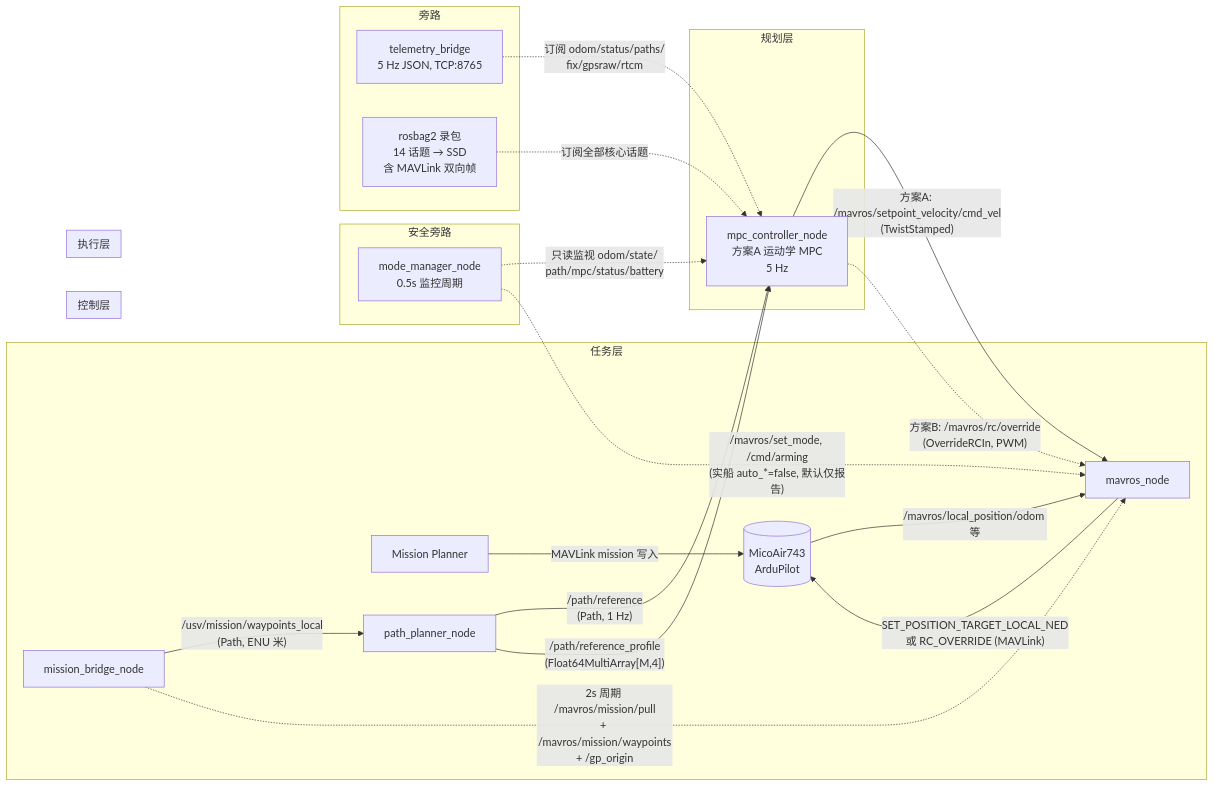
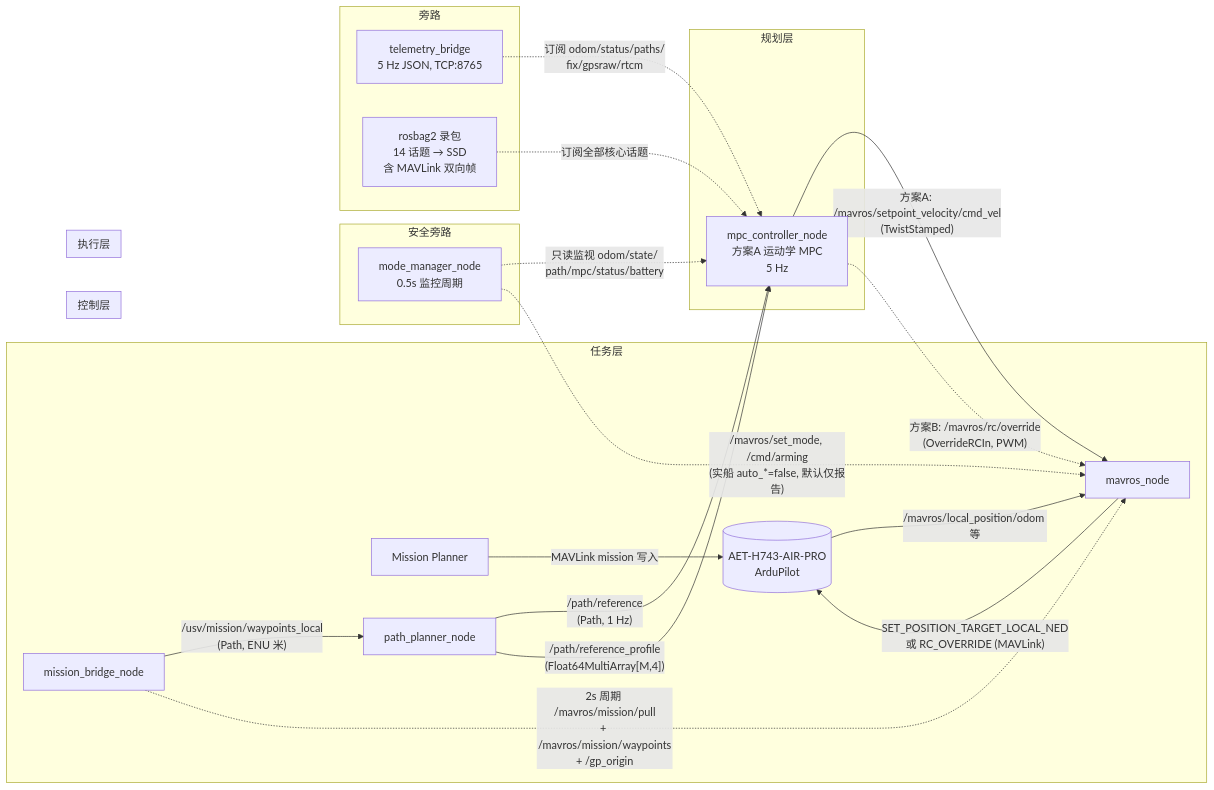
Before and after one commit to Trevor234/USV: the second of 2 diagrams in docs/pi_fcu_link_dataflow.md, drawn with Mermaid. The commit also changed other lines of this file and 8 other files, not shown here.

Commit message:
chore(fcu): 迁移飞控配置与文档至 AET-H743-AIR-PRO

````diff
--- a/docs/pi_fcu_link_dataflow.md
+++ b/docs/pi_fcu_link_dataflow.md
@@ -123,34 +123,34 @@
 ```mermaid
 flowchart LR
     subgraph 任务层
-        MP[Mission Planner] -->|"MAVLink mission 写入"| FCU[(MicoAir743<br/>ArduPilot)]
+        MP[Mission Planner] -->|"MAVLink mission 写入"| FCU[(AET-H743-AIR-PRO<br/>ArduPilot)]
         MB[mission_bridge_node] -->|"/usv/mission/waypoints_local<br/>(Path, ENU 米)"| PP
         MB -.->|"2s 周期 /mavros/mission/pull<br/>+ /mavros/mission/waypoints<br/>+ /gp_origin"| MAVROS
     end
 
     subgraph 规划层
         PP[path_planner_node] -->|"/path/reference<br/>(Path, 1 Hz)"| MPC
         PP -->|"/path/reference_profile<br/>(Float64MultiArray[M,4])"| MPC
     end
 
     subgraph 控制层
         MPC[mpc_controller_node<br/>方案A 运动学 MPC<br/>5 Hz]
     end
 
     subgraph 执行层
         MPC -->|"方案A: /mavros/setpoint_velocity/cmd_vel<br/>(TwistStamped)"| MAVROS
         MPC -.->|"方案B: /mavros/rc/override<br/>(OverrideRCIn, PWM)"| MAVROS
         MAVROS[mavros_node] -->|"SET_POSITION_TARGET_LOCAL_NED<br/>或 RC_OVERRIDE (MAVLink)"| FCU
         FCU -->|"/mavros/local_position/odom 等"| MAVROS
     end
 
     subgraph 安全旁路
         MM[mode_manager_node<br/>0.5s 监控周期] -.->|"只读监视 odom/state/<br/>path/mpc/status/battery"| MPC
         MM -.->|"/mavros/set_mode, /cmd/arming<br/>(实船 auto_*=false, 默认仅报告)"| MAVROS
     end
 
     subgraph 旁路
         TB[telemetry_bridge<br/>5 Hz JSON, TCP:8765] -.->|"订阅 odom/status/paths/<br/>fix/gpsraw/rtcm"| MPC
         REC[rosbag2 录包<br/>14 话题 → SSD<br/>含 MAVLink 双向帧] -.->|"订阅全部核心话题"| MPC
     end
 ```
````
